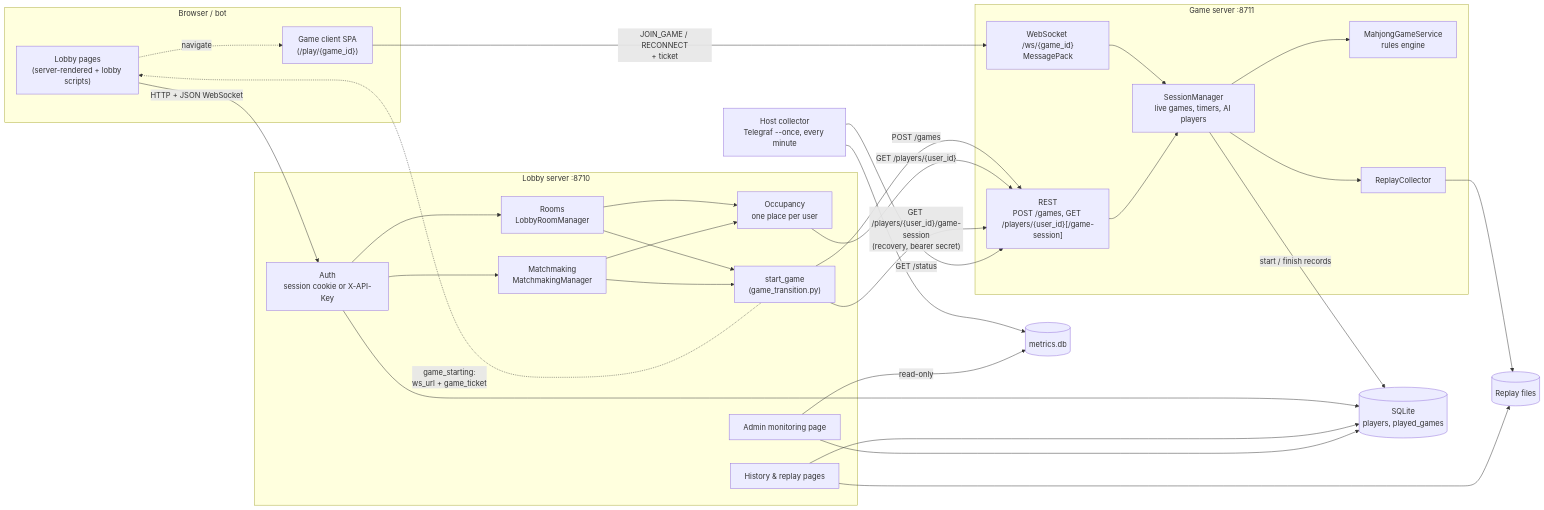
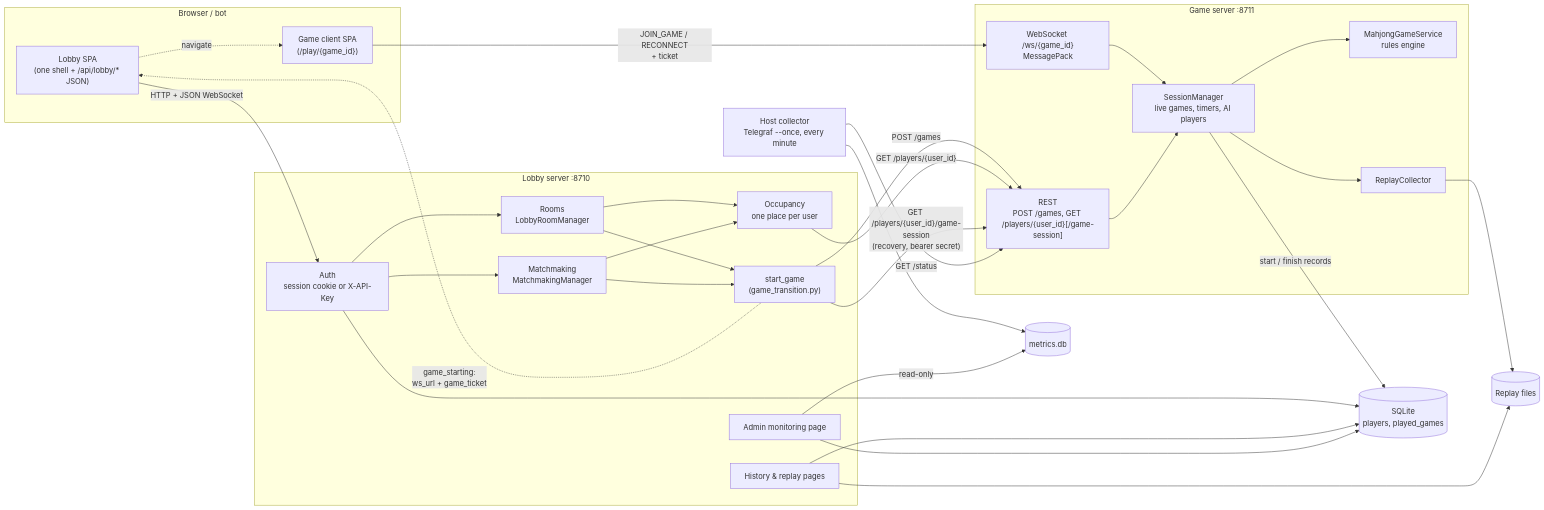
The first of 8 diagrams in docs/architecture.md (MahjongRepository/ronin), drawn with Mermaid before and after one commit. The commit also changed other lines of this file and 57 other files, not shown here.

First line of the commit message:
feat: finish the lobby SPA cutover and drop the server-rendered pages

````diff
--- a/docs/architecture.md
+++ b/docs/architecture.md
@@ -13,52 +13,52 @@
 ```mermaid
 flowchart LR
     subgraph Client["Browser / bot"]
-        LobbyPages["Lobby pages<br/>(server-rendered + lobby scripts)"]
+        LobbyPages["Lobby SPA<br/>(one shell + /api/lobby/* JSON)"]
         GameClient["Game client SPA<br/>(/play/{game_id})"]
     end
 
     subgraph Lobby["Lobby server :8710"]
         Auth["Auth<br/>session cookie or X-API-Key"]
         Rooms["Rooms<br/>LobbyRoomManager"]
         MM["Matchmaking<br/>MatchmakingManager"]
         Occ["Occupancy<br/>one place per user"]
         Start["start_game<br/>(game_transition.py)"]
         History["History & replay pages"]
         Monitoring["Admin monitoring page"]
     end
 
     subgraph Game["Game server :8711"]
         REST["REST<br/>POST /games, GET /players/{user_id}[/game-session]"]
         WS["WebSocket /ws/{game_id}<br/>MessagePack"]
         SM["SessionManager<br/>live games, timers, AI players"]
         Engine["MahjongGameService<br/>rules engine"]
         Replay["ReplayCollector"]
     end
 
     DB[("SQLite<br/>players, played_games")]
     Files[("Replay files")]
     Collector["Host collector<br/>Telegraf --once, every minute"]
     Metrics[("metrics.db")]
 
     LobbyPages -- "HTTP + JSON WebSocket" --> Auth
     Auth --> Rooms & MM
     Rooms & MM --> Occ
     Rooms & MM --> Start
     Start -- "POST /games" --> REST
     Occ -- "GET /players/{user_id}" --> REST
     Start -- "GET /players/{user_id}/game-session<br/>(recovery, bearer secret)" --> REST
     Start -. "game_starting:<br/>ws_url + game_ticket" .-> LobbyPages
     LobbyPages -. "navigate" .-> GameClient
     GameClient -- "JOIN_GAME / RECONNECT<br/>+ ticket" --> WS
     WS --> SM --> Engine
     SM --> Replay --> Files
     REST --> SM
     Auth --> DB
     History --> DB
     History --> Files
     SM -- "start / finish records" --> DB
     Collector -- "GET /status" --> REST
     Collector --> Metrics
     Monitoring -- "read-only" --> Metrics
     Monitoring --> DB
 ```
````
